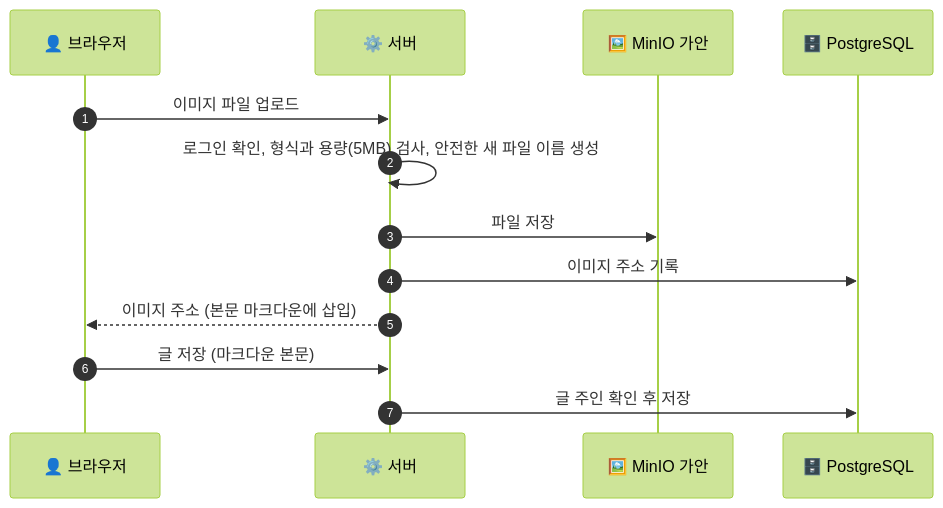
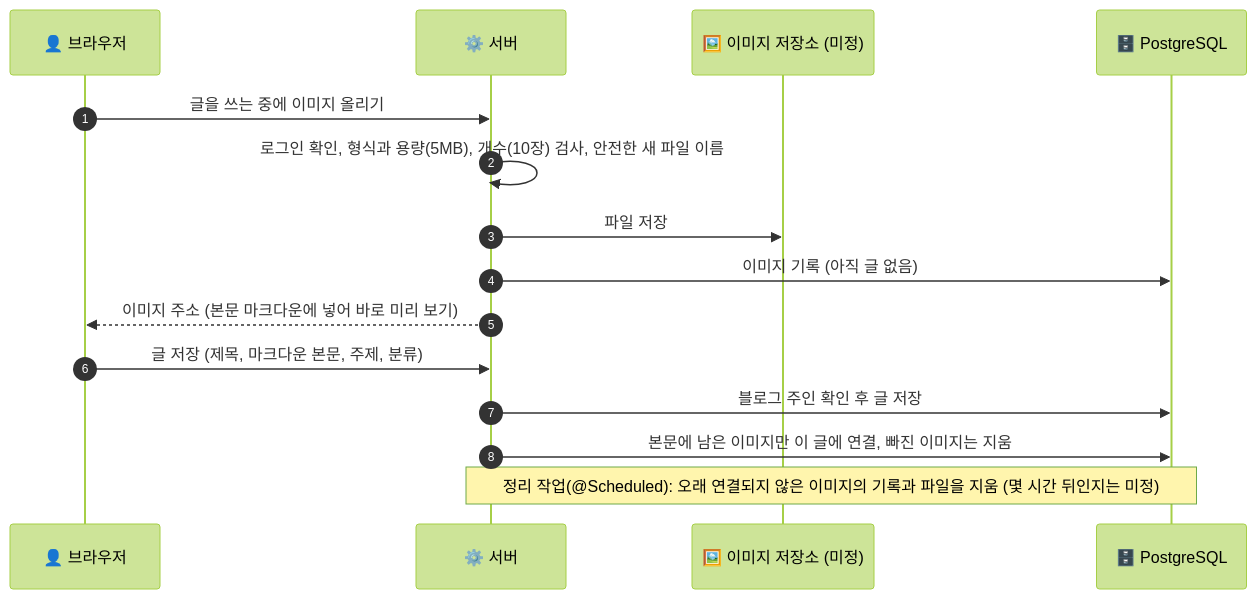
One commit to home-blog/docs changed the diagram in docs/3-설계/그림/원본/06-글작성과이미지.mmd. Above: the diagram before and after it, drawn with Mermaid (forest theme). The commit also changed 17 other files, not shown here.

```diff
--- a/docs/3-설계/그림/원본/06-글작성과이미지.mmd
+++ b/docs/3-설계/그림/원본/06-글작성과이미지.mmd
@@ -1,14 +1,16 @@
 sequenceDiagram
   autonumber
   participant B as 👤 브라우저
   participant S as ⚙️ 서버
-  participant I as 🖼️ MinIO 가안
+  participant I as 🖼️ 이미지 저장소 (미정)
   participant D as 🗄️ PostgreSQL
 
-  B->>S: 이미지 파일 업로드
-  S->>S: 로그인 확인, 형식과 용량(5MB) 검사, 안전한 새 파일 이름 생성
+  B->>S: 글을 쓰는 중에 이미지 올리기
+  S->>S: 로그인 확인, 형식과 용량(5MB), 개수(10장) 검사, 안전한 새 파일 이름
   S->>I: 파일 저장
-  S->>D: 이미지 주소 기록
-  S-->>B: 이미지 주소 (본문 마크다운에 삽입)
-  B->>S: 글 저장 (마크다운 본문)
-  S->>D: 글 주인 확인 후 저장
+  S->>D: 이미지 기록 (아직 글 없음)
+  S-->>B: 이미지 주소 (본문 마크다운에 넣어 바로 미리 보기)
+  B->>S: 글 저장 (제목, 마크다운 본문, 주제, 분류)
+  S->>D: 블로그 주인 확인 후 글 저장
+  S->>D: 본문에 남은 이미지만 이 글에 연결, 빠진 이미지는 지움
+  Note over S,D: 정리 작업(@Scheduled): 오래 연결되지 않은 이미지의 기록과 파일을 지움 (몇 시간 뒤인지는 미정)
```
